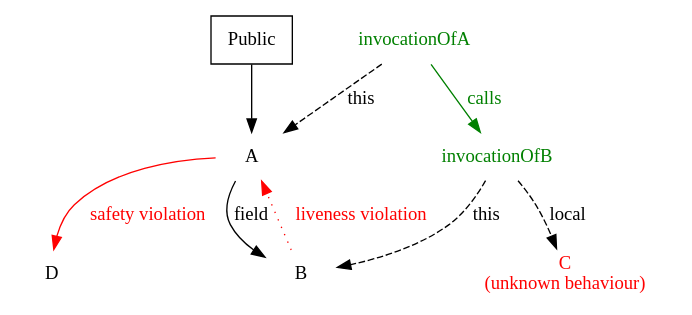
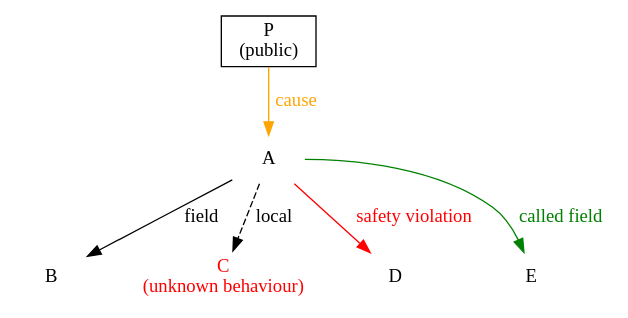
Before and after one commit to it-innovation/sam: the first of 2 diagrams in doc/graphing.rst, drawn with Graphviz. The commit also changed other lines of this file, not shown here.

Commit message:
Updated graph notion documentation

```diff
--- a/doc/graphing.rst
+++ b/doc/graphing.rst
@@ -38,19 +38,15 @@
 .. graphviz::
 
    digraph notation {
-     Public [shape=record];
+     P [shape=record,label="P\n(public)"];
      node [shape=plaintext];
      A -> B [label="field"];
      C [label="C\n(unknown behaviour)",fontcolor=red];
 
      A -> D [color=red,fontcolor=red,label="safety violation"];
-     B -> A [color=red,fontcolor=red,style=dotted,label="liveness violation"];
 
-     node [color=green,fontcolor=green];
-     invocationOfA -> invocationOfB [label="calls",fontcolor=green,color=green];
-     invocationOfA -> A [style=bold,label="this",style=dashed];
-     invocationOfB -> B [style=bold,label="this",style=dashed];
-     invocationOfB -> C [label="local",style=dashed];
+     A -> C [label="local",style=dashed];
+     A -> E [label="called field",color=green,fontcolor=green];
 
-     Public -> A;
+     P -> A [color=orange,label="cause",fontcolor=orange];
    }
```
